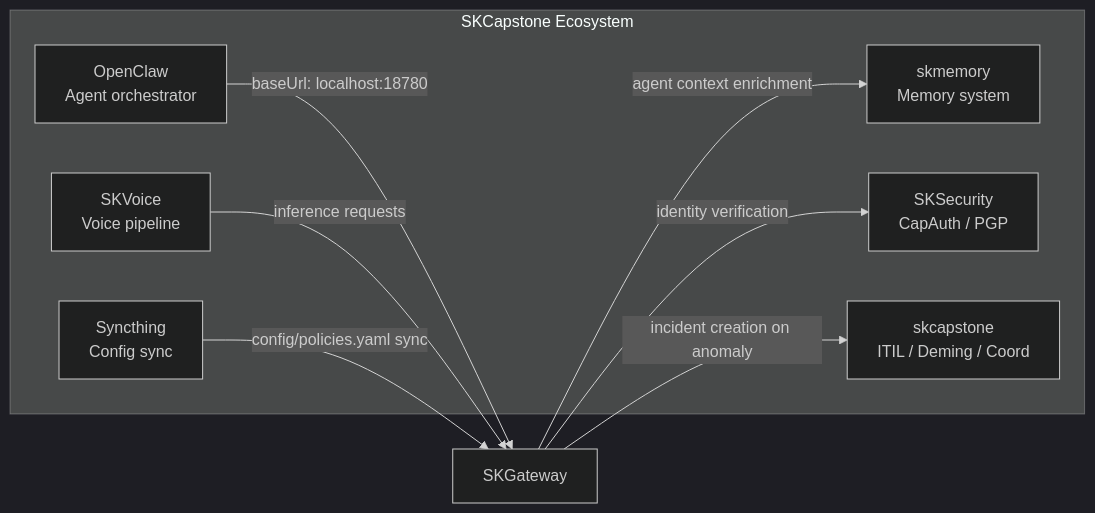
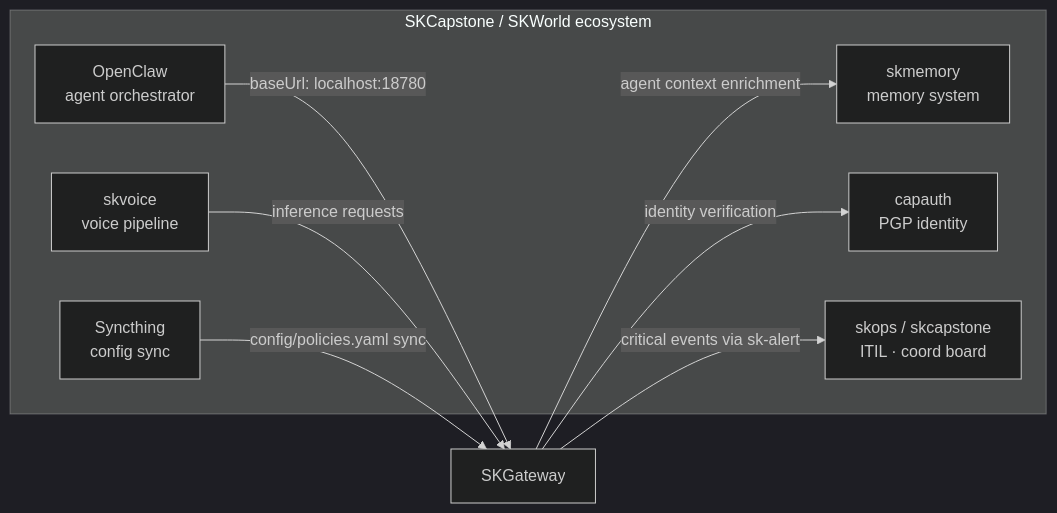
One commit to smilinTux/skgateway changed the fourth of 5 diagrams in README.md. Above: the diagram before and after it, drawn with Mermaid (dark theme). The commit also changed other lines of this file and 1 other file, not shown here.

First line of the commit message:
docs: SKStack v2 placement + grounded ARCHITECTURE rewrite

````diff
--- a/README.md
+++ b/README.md
@@ -548,20 +548,20 @@
 ```mermaid
 graph LR
-    subgraph SKCapstone Ecosystem
-        OC[OpenClaw\nAgent orchestrator]
-        SKV[SKVoice\nVoice pipeline]
-        MEM[skmemory\nMemory system]
-        SEC[SKSecurity\nCapAuth / PGP]
-        ITIL[skcapstone\nITIL / Deming / Coord]
-        SYNC[Syncthing\nConfig sync]
+    subgraph Ecosystem["SKCapstone / SKWorld ecosystem"]
+        OC["OpenClaw<br/>agent orchestrator"]
+        SKV["skvoice<br/>voice pipeline"]
+        MEM["skmemory<br/>memory system"]
+        SEC["capauth<br/>PGP identity"]
+        ITIL["skops / skcapstone<br/>ITIL · coord board"]
+        SYNC["Syncthing<br/>config sync"]
     end
 
-    GW[SKGateway]
+    GW["SKGateway"]
 
-    OC -->|baseUrl: localhost:18780| GW
-    SKV -->|inference requests| GW
-    GW -->|identity verification| SEC
-    GW -->|agent context enrichment| MEM
-    GW -->|incident creation on anomaly| ITIL
-    SYNC -->|config/policies.yaml sync| GW
+    OC -->|"baseUrl: localhost:18780"| GW
+    SKV -->|"inference requests"| GW
+    GW -->|"identity verification"| SEC
+    GW -->|"agent context enrichment"| MEM
+    GW -->|"critical events via sk-alert"| ITIL
+    SYNC -->|"config/policies.yaml sync"| GW
 ```
````
